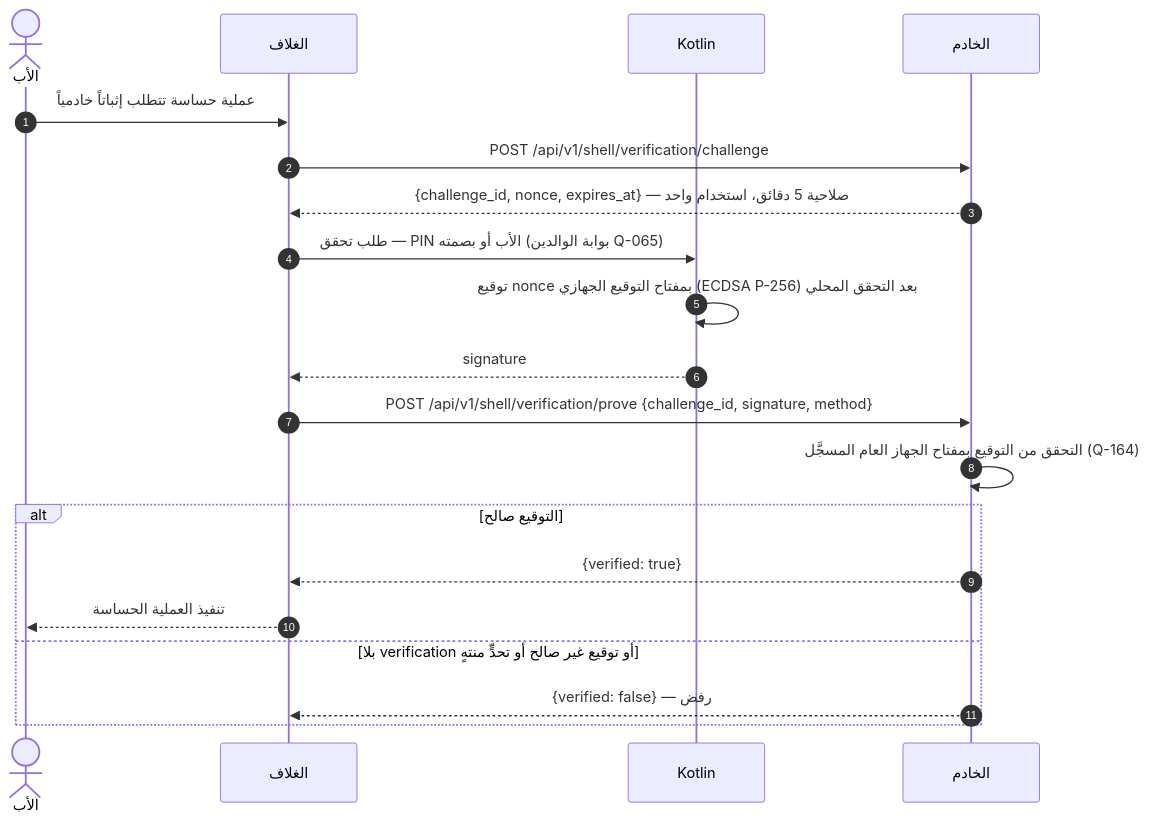
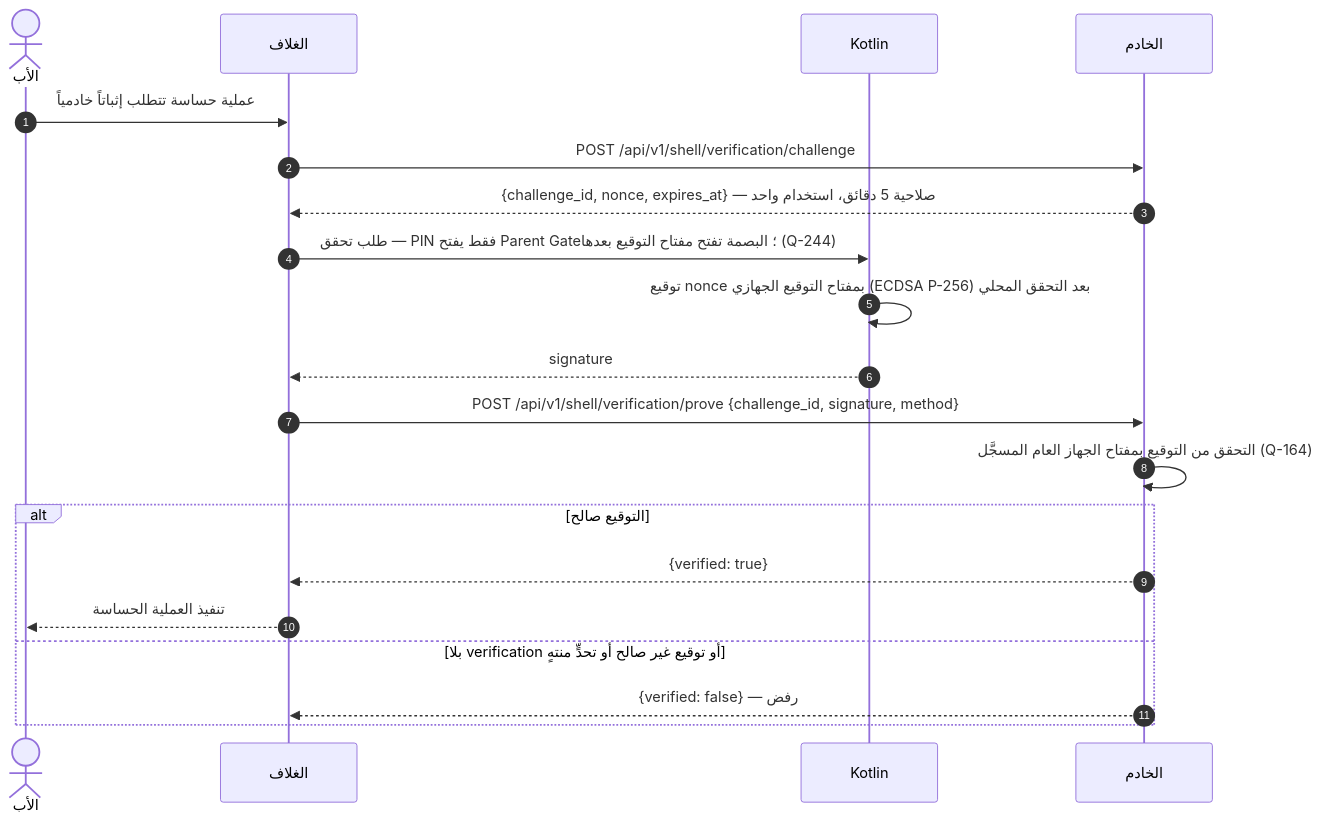
One commit to Bassam-mohammed-alqaeadi/family-os-v2 changed the seventh of 13 diagrams in docs/family-os/governance/phases/phase-1/S1-01-app-shell-and-platform/DIAGRAMS.md. Above: the diagram before and after it, drawn with Mermaid. The commit also changed other lines of this file and 13 other files, not shown here.

````diff
--- a/docs/family-os/governance/phases/phase-1/S1-01-app-shell-and-platform/DIAGRAMS.md
+++ b/docs/family-os/governance/phases/phase-1/S1-01-app-shell-and-platform/DIAGRAMS.md
@@ -241,22 +240,22 @@
 ```mermaid
 sequenceDiagram
     autonumber
     actor Father as الأب
     participant Shell as الغلاف
     participant K as Kotlin
     participant Ktor as الخادم
     Father->>Shell: عملية حساسة تتطلب إثباتاً خادمياً
     Shell->>Ktor: POST /api/v1/shell/verification/challenge
     Ktor-->>Shell: {challenge_id, nonce, expires_at} — صلاحية 5 دقائق، استخدام واحد
-    Shell->>K: طلب تحقق — PIN الأب أو بصمته (بوابة الوالدين Q-065)
+    Shell->>K: طلب تحقق — PIN فقط يفتح Parent Gate؛ البصمة تفتح مفتاح التوقيع بعدها (Q-244)
     K->>K: توقيع nonce بمفتاح التوقيع الجهازي (ECDSA P-256) بعد التحقق المحلي
     K-->>Shell: signature
     Shell->>Ktor: POST /api/v1/shell/verification/prove {challenge_id, signature, method}
     Ktor->>Ktor: التحقق من التوقيع بمفتاح الجهاز العام المسجَّل (Q-164)
     alt التوقيع صالح
         Ktor-->>Shell: {verified: true}
         Shell-->>Father: تنفيذ العملية الحساسة
     else بلا verification أو توقيع غير صالح أو تحدٍّ منتهٍ
         Ktor-->>Shell: {verified: false} — رفض
     end
 ```
````
